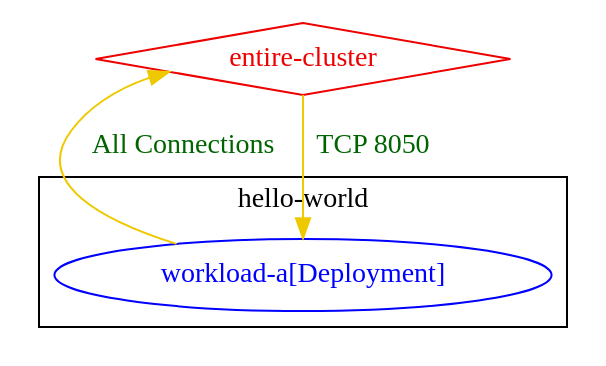
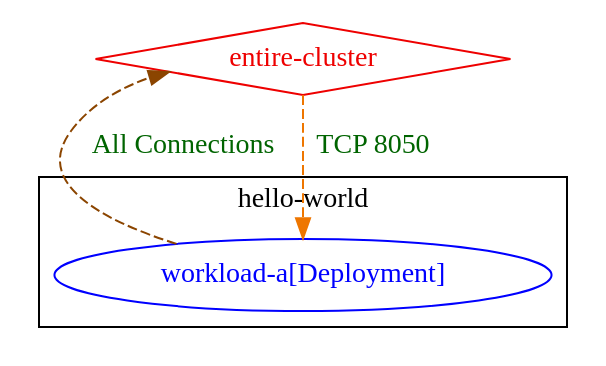
One commit to np-guard/netpol-analyzer changed the diagram in test_outputs/connlist/exposure_test_conn_entire_cluster_with_empty_selectors_connlist_output.dot. Above: the diagram before and after it, drawn with Graphviz. The commit also changed 102 other files, not shown here.

Commit message:
dot graphs with exposure edges dashed and with different colors

```diff
--- a/test_outputs/connlist/exposure_test_conn_entire_cluster_with_empty_selectors_connlist_output.dot
+++ b/test_outputs/connlist/exposure_test_conn_entire_cluster_with_empty_selectors_connlist_output.dot
@@ -1,11 +1,11 @@
 digraph {
 	subgraph "cluster_hello_world" {
 		color="black"
 		fontcolor="black"
 		"hello-world/workload-a[Deployment]" [label="workload-a[Deployment]" color="blue" fontcolor="blue"]
 		label="hello-world"
 	}
 	"entire-cluster" [label="entire-cluster" color="red2" fontcolor="red2" shape=diamond]
-	"entire-cluster" -> "hello-world/workload-a[Deployment]" [label="TCP 8050" color="gold2" fontcolor="darkgreen" weight=1]
-	"hello-world/workload-a[Deployment]" -> "entire-cluster" [label="All Connections" color="gold2" fontcolor="darkgreen" weight=0.5]
+	"entire-cluster" -> "hello-world/workload-a[Deployment]" [label="TCP 8050" color="darkorange2" fontcolor="darkgreen" weight=1 style=dashed]
+	"hello-world/workload-a[Deployment]" -> "entire-cluster" [label="All Connections" color="darkorange4" fontcolor="darkgreen" weight=0.5 style=dashed]
 }
```
